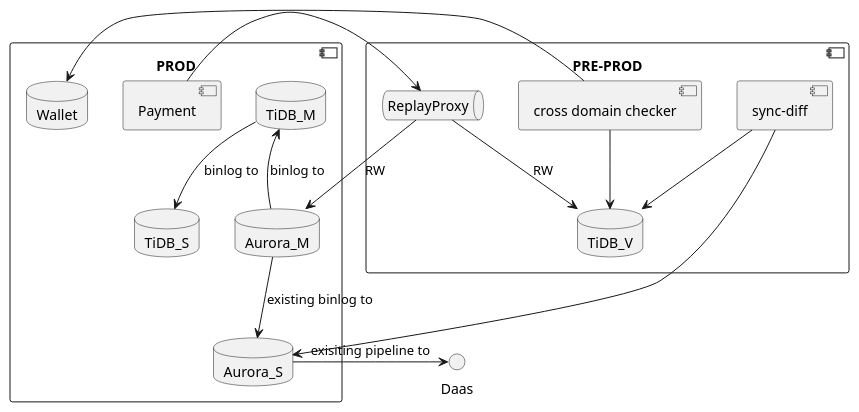
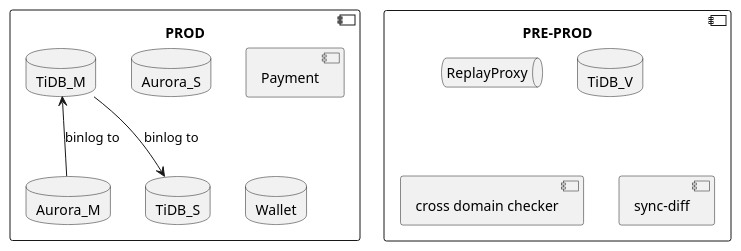
The fifth of 7 diagrams in mgmt/plan.plantuml (george24601/notes), drawn with PlantUML before and after one commit. The commit also changed other lines of this file and 17 other files, not shown here.

```diff
--- a/mgmt/plan.plantuml
+++ b/mgmt/plan.plantuml
@@ -62,35 +57,23 @@
 @startuml
 
 component [PROD]{
 database Aurora_M
 database Aurora_S
 database TiDB_M
 database TiDB_S
 component Payment
 database Wallet
 }
 
 component [PRE-PROD]{
 
 queue ReplayProxy as rp
 database TiDB_V
 [cross domain checker] as dc
 [sync-diff] as sd
 }
 
 
 TiDB_M <-- Aurora_M: binlog to
 TiDB_M --> TiDB_S: binlog to
-Aurora_M --> Aurora_S : existing binlog to
-Aurora_S -> Daas: exisiting pipeline to
-Payment --> rp
-rp --> Aurora_M: RW
-rp --> TiDB_V: RW
-
-dc --> TiDB_V
-dc --> Wallet
-
-sd --> TiDB_V
-sd --> Aurora_S
-
 @enduml
```
